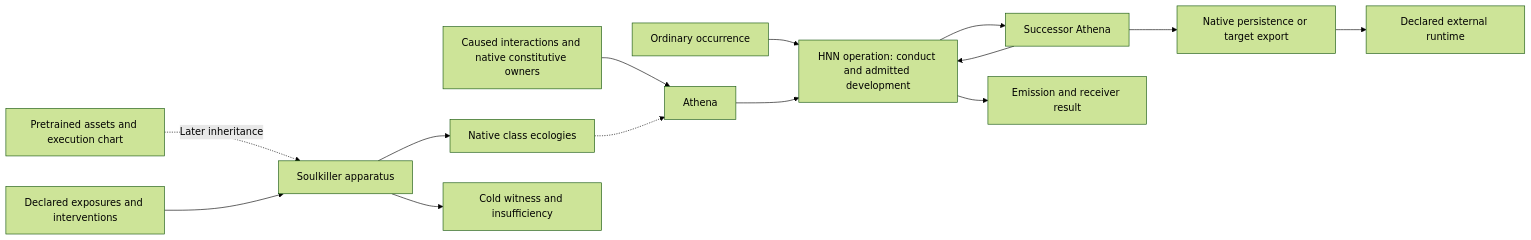
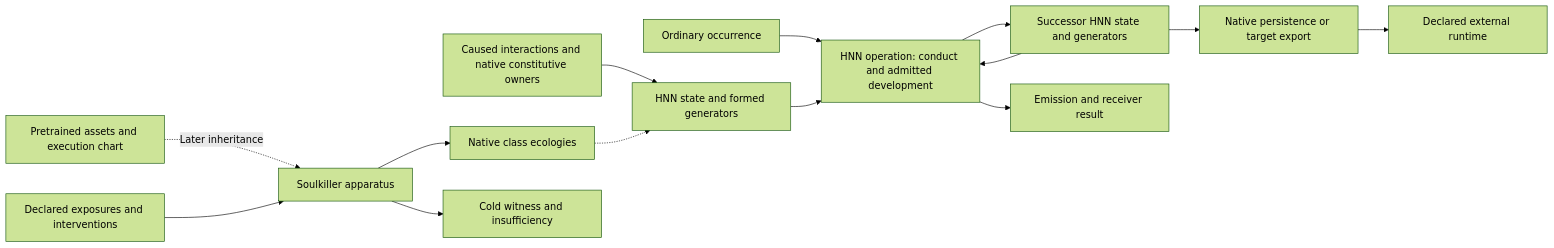
One commit to brandonrdug/holonics changed the diagram in docs/ARCHITECTURE.md. Above: the diagram before and after it, drawn with Mermaid (forest theme). The commit also changed other lines of this file and 17 other files, not shown here.

````diff
--- a/docs/ARCHITECTURE.md
+++ b/docs/ARCHITECTURE.md
@@ -54,16 +54,16 @@
 ```mermaid
 flowchart LR
-    C[Caused interactions and native constitutive owners] --> A[Athena]
+    C[Caused interactions and native constitutive owners] --> A[HNN state and formed generators]
     F[Pretrained assets and execution chart] -. Later inheritance .-> S[Soulkiller apparatus]
     X[Declared exposures and interventions] --> S
     S --> N[Native class ecologies]
     S --> W[Cold witness and insufficiency]
     N -.-> A
     O[Ordinary occurrence] --> E[HNN operation: conduct and admitted development]
     A --> E
-    E --> A2[Successor Athena]
+    E --> A2[Successor HNN state and generators]
     E --> R[Emission and receiver result]
     A2 --> E
     A2 --> P[Native persistence or target export]
     P --> T[Declared external runtime]
 ```
````
